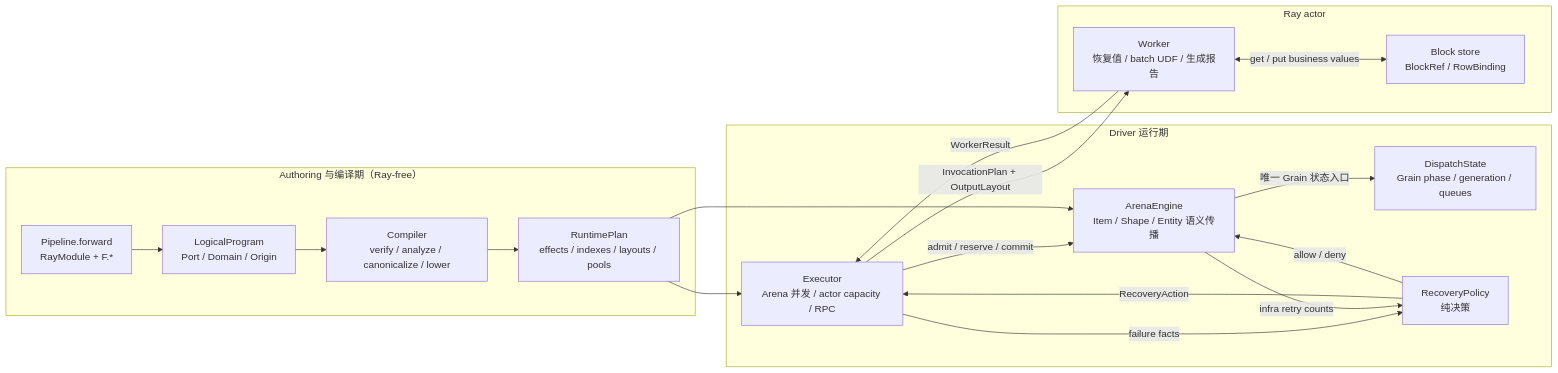
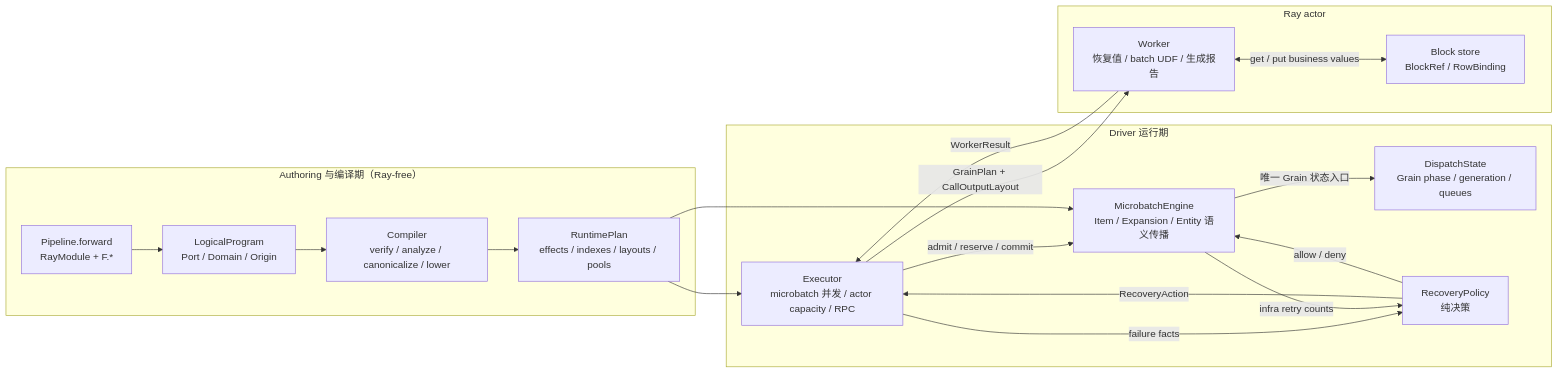
Before and after one commit to OpenDCAI/RayOrch: the first of 16 diagrams in docs/multigrain_v3_6_tutorial.md, drawn with Mermaid. The commit also changed other lines of this file and 38 other files, not shown here.

Commit message:
feat(v3.6): unify architecture vocabulary and state ownership

````diff
--- a/docs/multigrain_v3_6_tutorial.md
+++ b/docs/multigrain_v3_6_tutorial.md
@@ -59,32 +61,32 @@
 ```mermaid
 flowchart LR
     subgraph Compile["Authoring 与编译期（Ray-free）"]
         User["Pipeline.forward<br/>RayModule + F.*"] --> Logical["LogicalProgram<br/>Port / Domain / Origin"]
         Logical --> Compiler["Compiler<br/>verify / analyze / canonicalize / lower"]
         Compiler --> Plan["RuntimePlan<br/>effects / indexes / layouts / pools"]
     end
 
     subgraph Driver["Driver 运行期"]
-        Executor["Executor<br/>Arena 并发 / actor capacity / RPC"]
-        Arena["ArenaEngine<br/>Item / Shape / Entity 语义传播"]
+        Executor["Executor<br/>microbatch 并发 / actor capacity / RPC"]
+        MicrobatchEngine["MicrobatchEngine<br/>Item / Expansion / Entity 语义传播"]
         Dispatch["DispatchState<br/>Grain phase / generation / queues"]
         Recovery["RecoveryPolicy<br/>纯决策"]
-        Executor -->|"admit / reserve / commit"| Arena
-        Arena -->|"唯一 Grain 状态入口"| Dispatch
+        Executor -->|"admit / reserve / commit"| MicrobatchEngine
+        MicrobatchEngine -->|"唯一 Grain 状态入口"| Dispatch
         Executor -->|"failure facts"| Recovery
         Recovery -->|"RecoveryAction"| Executor
-        Arena -->|"infra retry counts"| Recovery
-        Recovery -->|"allow / deny"| Arena
+        MicrobatchEngine -->|"infra retry counts"| Recovery
+        Recovery -->|"allow / deny"| MicrobatchEngine
     end
 
     subgraph Actor["Ray actor"]
         Worker["Worker<br/>恢复值 / batch UDF / 生成报告"]
         Store["Block store<br/>BlockRef / RowBinding"]
         Worker <-->|"get / put business values"| Store
     end
 
     Plan --> Executor
-    Plan --> Arena
-    Executor -->|"InvocationPlan + OutputLayout"| Worker
+    Plan --> MicrobatchEngine
+    Executor -->|"GrainPlan + CallOutputLayout"| Worker
     Worker -->|"WorkerResult"| Executor
 ```
````
